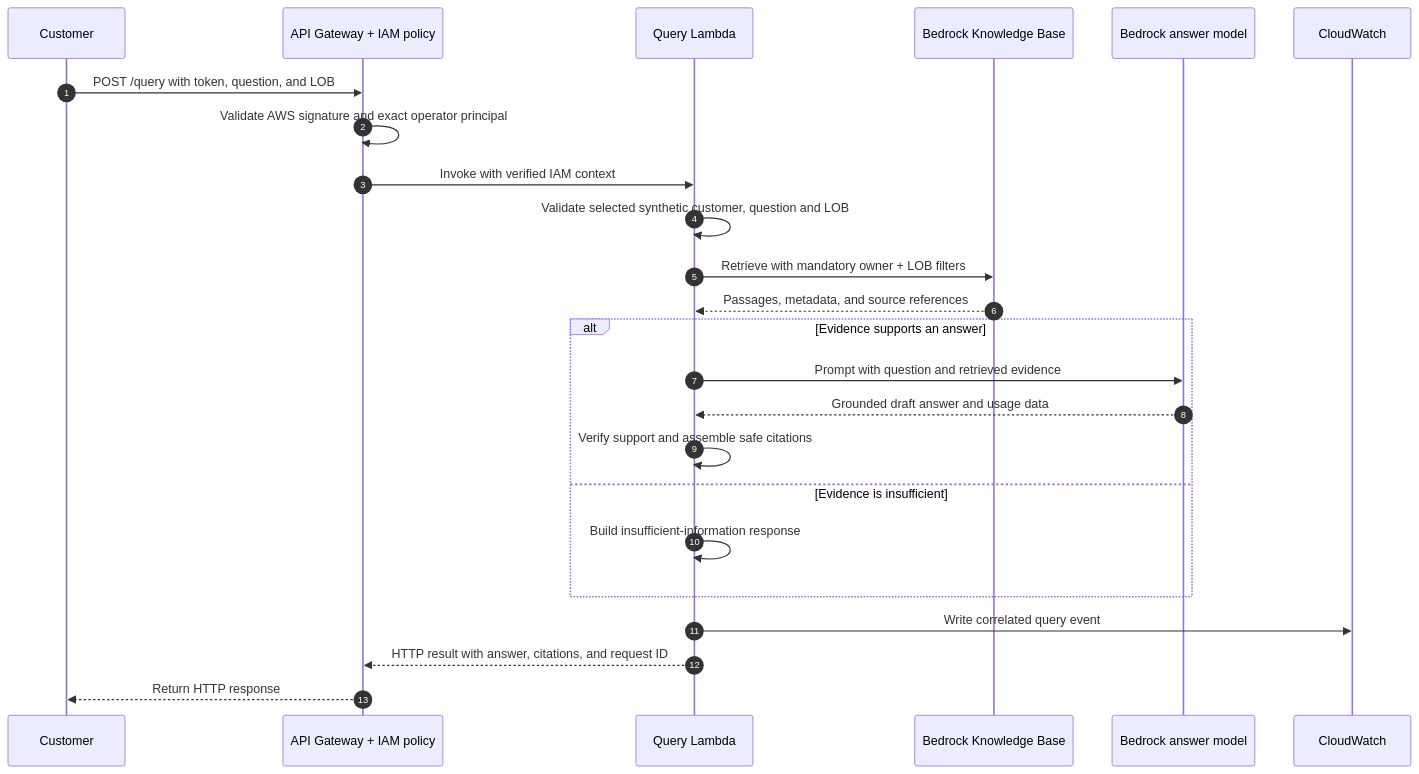
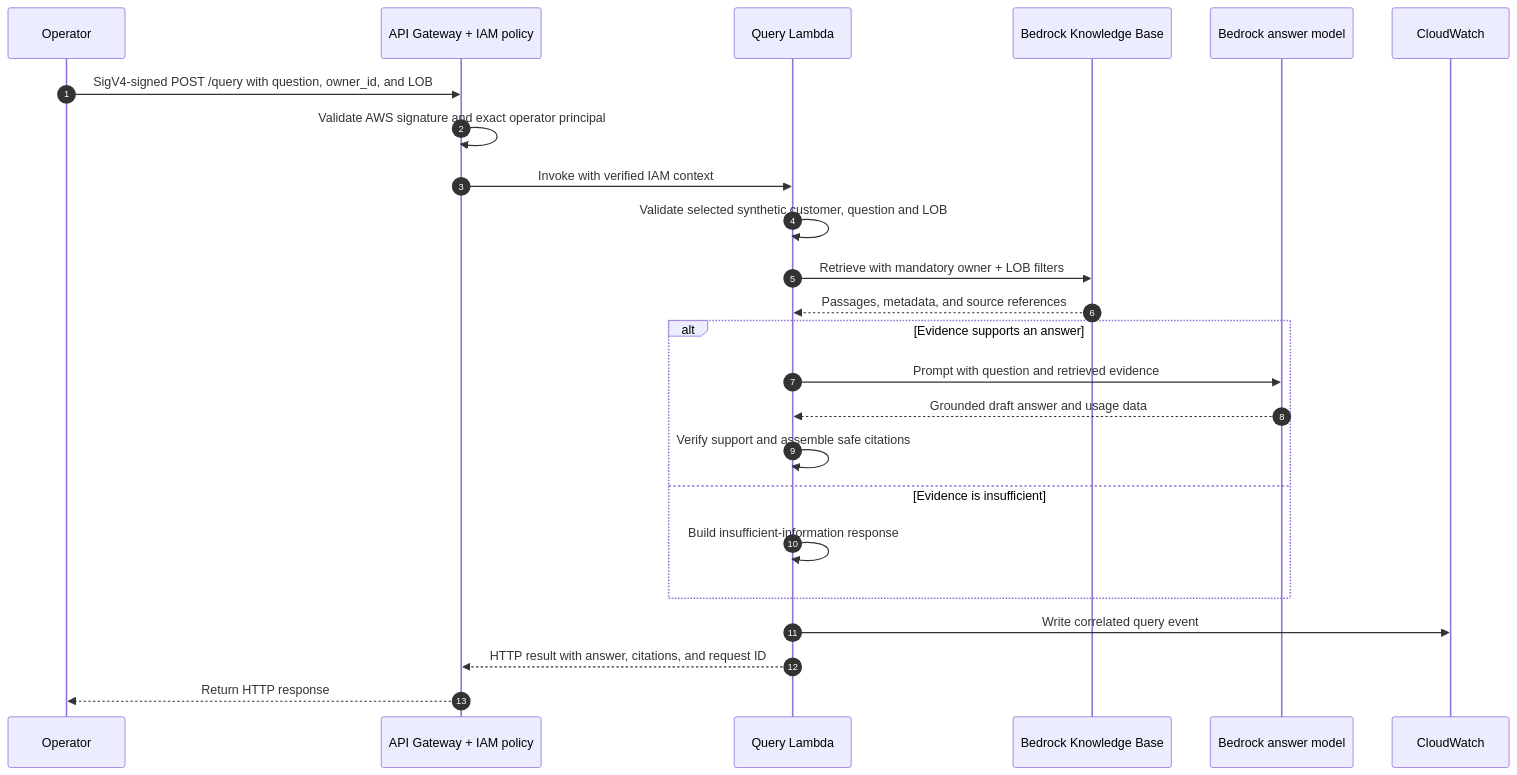
Before and after one commit to anil-avvaru-cool/insurance-agentic-ai-platform: the second of 2 diagrams in docs/PHASE_1_AWS_RESOURCE_INVENTORY.md, drawn with Mermaid. The commit also changed other lines of this file and 7 other files, not shown here.

````diff
--- a/docs/PHASE_1_AWS_RESOURCE_INVENTORY.md
+++ b/docs/PHASE_1_AWS_RESOURCE_INVENTORY.md
@@ -50,26 +50,26 @@
 ```mermaid
 sequenceDiagram
     autonumber
-    participant Customer
+    participant Operator
     participant API as API Gateway + IAM policy
     participant Lambda as Query Lambda
     participant KB as Bedrock Knowledge Base
     participant Model as Bedrock answer model
     participant Logs as CloudWatch
-    Customer->>API: POST /query with token, question, and LOB
+    Operator->>API: SigV4-signed POST /query with question, owner_id, and LOB
     API->>API: Validate AWS signature and exact operator principal
     API->>Lambda: Invoke with verified IAM context
     Lambda->>Lambda: Validate selected synthetic customer, question and LOB
     Lambda->>KB: Retrieve with mandatory owner + LOB filters
     KB-->>Lambda: Passages, metadata, and source references
     alt Evidence supports an answer
         Lambda->>Model: Prompt with question and retrieved evidence
         Model-->>Lambda: Grounded draft answer and usage data
         Lambda->>Lambda: Verify support and assemble safe citations
     else Evidence is insufficient
         Lambda->>Lambda: Build insufficient-information response
     end
     Lambda->>Logs: Write correlated query event
     Lambda-->>API: HTTP result with answer, citations, and request ID
-    API-->>Customer: Return HTTP response
+    API-->>Operator: Return HTTP response
 ```
````
